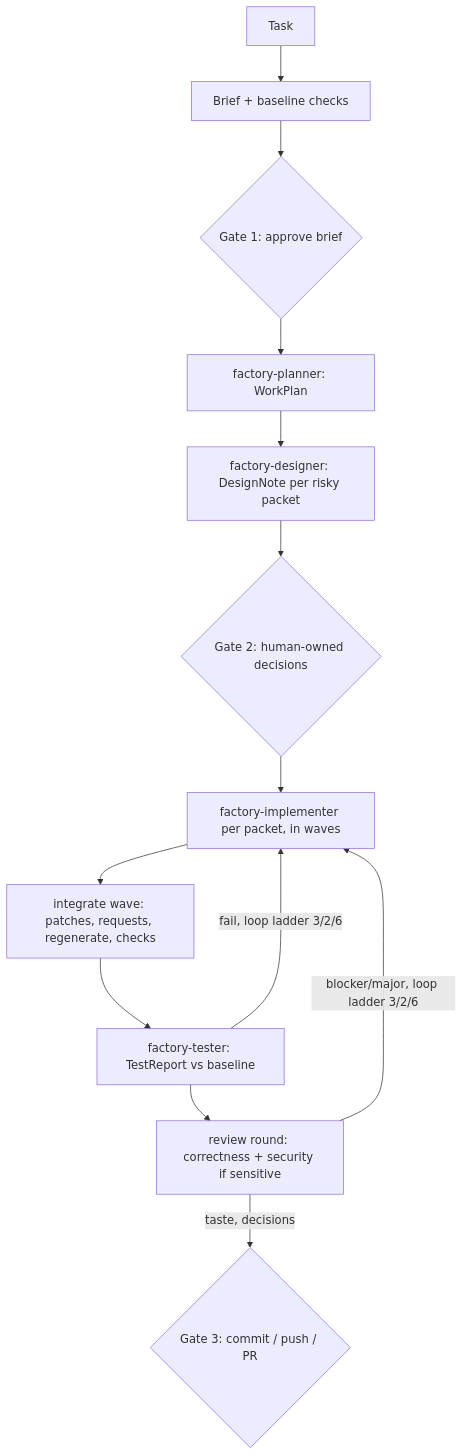
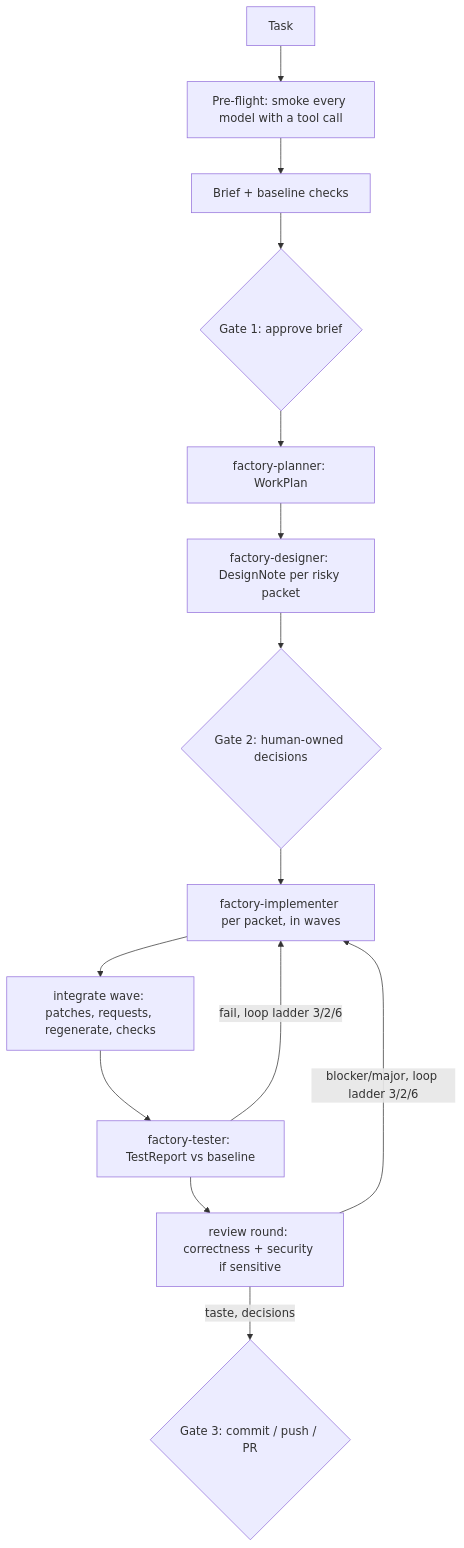
Before and after one commit to earaya/omp-factory: the diagram in README.md, drawn with Mermaid. The commit also changed other lines of this file and 2 other files, not shown here.

Commit message:
feat: model pre-flight runs before the baseline and requires a tool-call smoke
- Pre-flight moves ahead of the baseline, so a broken model stops the run before long test suites.
- Each distinct resolved model must complete a schema-valid yield (a tool call); gateways can pass plain chat and 4xx tool requests.
- Reviewers must be a different model family from the implementer.
- Role switches are session-only cfg:// writes; global config changes only when the user chooses to save.
- Results persist to reports/preflight.json.

````diff
--- a/README.md
+++ b/README.md
@@ -5,14 +5,14 @@
 ```mermaid
 flowchart TD
-  U[Task] --> B[Brief + baseline checks] --> G1{Gate 1: approve brief}
+  U[Task] --> M[Pre-flight: smoke every model with a tool call] --> B[Brief + baseline checks] --> G1{Gate 1: approve brief}
   G1 --> P[factory-planner: WorkPlan]
   P --> D[factory-designer: DesignNote per risky packet]
   D --> G2{Gate 2: human-owned decisions}
   G2 --> I[factory-implementer per packet, in waves]
   I --> W[integrate wave: patches, requests, regenerate, checks]
   W --> T[factory-tester: TestReport vs baseline]
   T -->|fail, loop ladder 3/2/6| I
   T --> R[review round: correctness + security if sensitive]
   R -->|blocker/major, loop ladder 3/2/6| I
   R -->|taste, decisions| G3{Gate 3: commit / push / PR}
 ```
````
